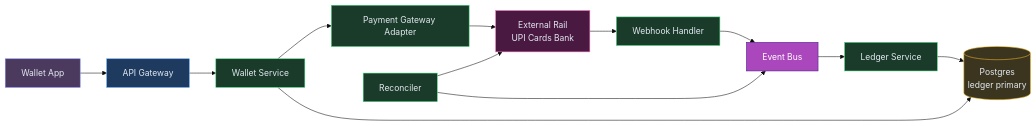
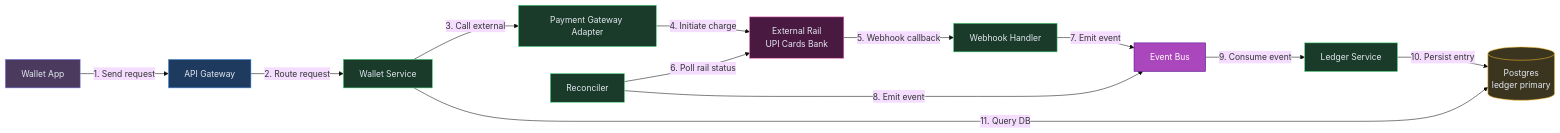
Before and after one commit to iluzn/HLD-Designs: the third of 10 diagrams in content/hld/DigitalWallet.md, drawn with Mermaid (base theme). The commit also changed other lines of this file and 27 other files, not shown here.

````diff
--- a/content/hld/DigitalWallet.md
+++ b/content/hld/DigitalWallet.md
@@ -260,32 +260,32 @@
 ```mermaid
 flowchart LR
     APP["Wallet App"]:::client
     GW["API Gateway"]:::edge
     WS["Wallet Service"]:::service
     PS["Payment Gateway Adapter"]:::service
     WH["Webhook Handler"]:::service
     REC["Reconciler"]:::service
     L["Ledger Service"]:::service
     DB[("Postgres<br/>ledger primary")]:::data
     K["Event Bus"]:::async
     BANK["External Rail<br/>UPI Cards Bank"]:::external
 
-    APP --> GW
-    GW --> WS
-    WS --> PS
-    PS --> BANK
-    BANK --> WH
-    REC --> BANK
-    WH --> K
-    REC --> K
-    K --> L
-    L --> DB
-    WS --> DB
+    APP -->|"1. Send request"| GW
+    GW -->|"2. Route request"| WS
+    WS -->|"3. Call external"| PS
+    PS -->|"4. Initiate charge"| BANK
+    BANK -->|"5. Webhook callback"| WH
+    REC -->|"6. Poll rail status"| BANK
+    WH -->|"7. Emit event"| K
+    REC -->|"8. Emit event"| K
+    K -->|"9. Consume event"| L
+    L -->|"10. Persist entry"| DB
+    WS -->|"11. Query DB"| DB
 
     classDef client fill:#4c3a5e,stroke:#818cf8,color:#e2e8f0
     classDef edge fill:#1e3a5f,stroke:#60a5fa,color:#e2e8f0
     classDef service fill:#1a3a2a,stroke:#4ade80,color:#e2e8f0
     classDef async fill:#AB47BC,stroke:#4A148C,color:#fff
     classDef data fill:#3b3520,stroke:#fbbf24,color:#e2e8f0
     classDef external fill:#4a1942,stroke:#f472b6,color:#e2e8f0
 ```
````
